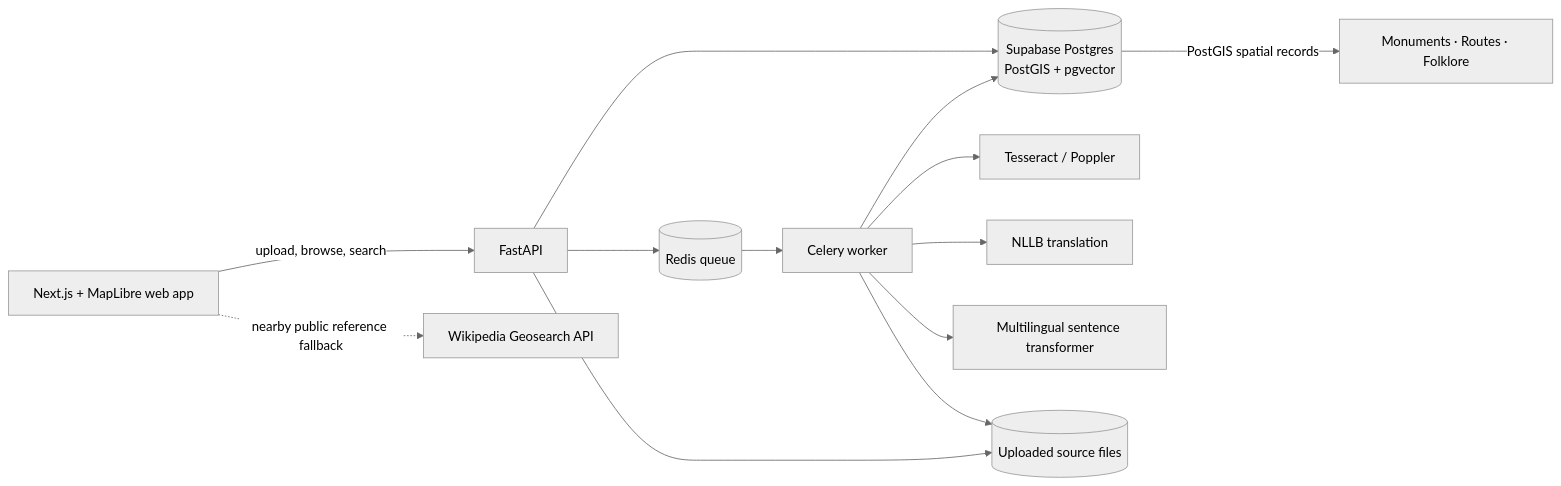
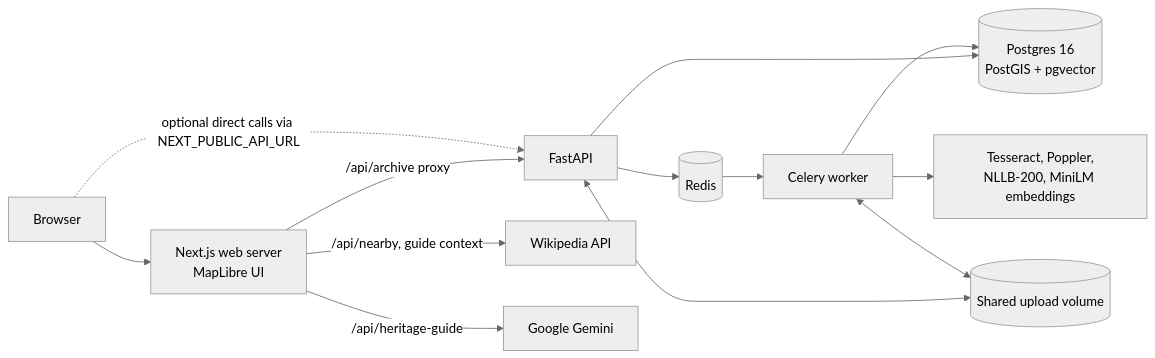
Before and after one commit to Paras-PB/sthala-sutra: the second of 2 diagrams in README.md, drawn with Mermaid (neutral theme). The commit also changed other lines of this file, not shown here.

Commit message:
docs: rewrite README for the compose stack, hybrid geo search and new migration

````diff
--- a/README.md
+++ b/README.md
@@ -19,15 +75,15 @@
 ```mermaid
 flowchart LR
-  W[Next.js + MapLibre web app] -->|upload, browse, search| API[FastAPI]
-  W -.->|nearby public reference fallback| WK[Wikipedia Geosearch API]
-  API --> DB[(Supabase Postgres<br/>PostGIS + pgvector)]
-  API --> Q[(Redis queue)]
-  Q --> CW[Celery worker]
-  CW --> OCR[Tesseract / Poppler]
-  CW --> MT[NLLB translation]
-  CW --> EMB[Multilingual sentence transformer]
-  CW --> DB
-  CW --> FS[(Uploaded source files)]
-  API --> FS
-  DB -->|PostGIS spatial records| MAP[Monuments · Routes · Folklore]
+  B[Browser] --> WEB[Next.js web server<br/>MapLibre UI]
+  WEB -->|/api/archive proxy| API[FastAPI]
+  WEB -->|/api/nearby, guide context| WK[Wikipedia API]
+  WEB -->|/api/heritage-guide| GEM[Google Gemini]
+  B -. optional direct calls via NEXT_PUBLIC_API_URL .-> API
+  API --> DB[(Postgres 16<br/>PostGIS + pgvector)]
+  API --> R[(Redis)]
+  R --> WK2[Celery worker]
+  WK2 --> ML[Tesseract, Poppler,<br/>NLLB-200, MiniLM embeddings]
+  WK2 --> DB
+  API <--> FS[(Shared upload volume)]
+  WK2 <--> FS
 ```
````
